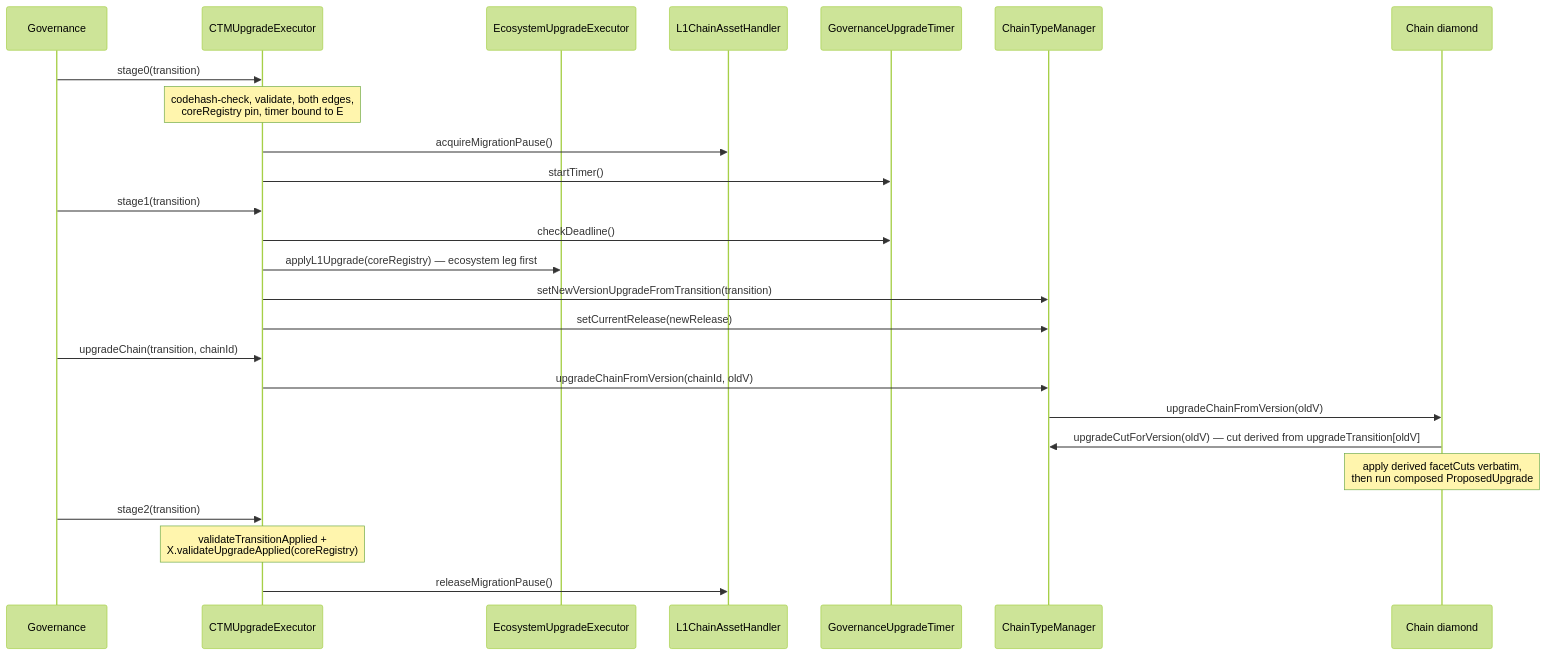
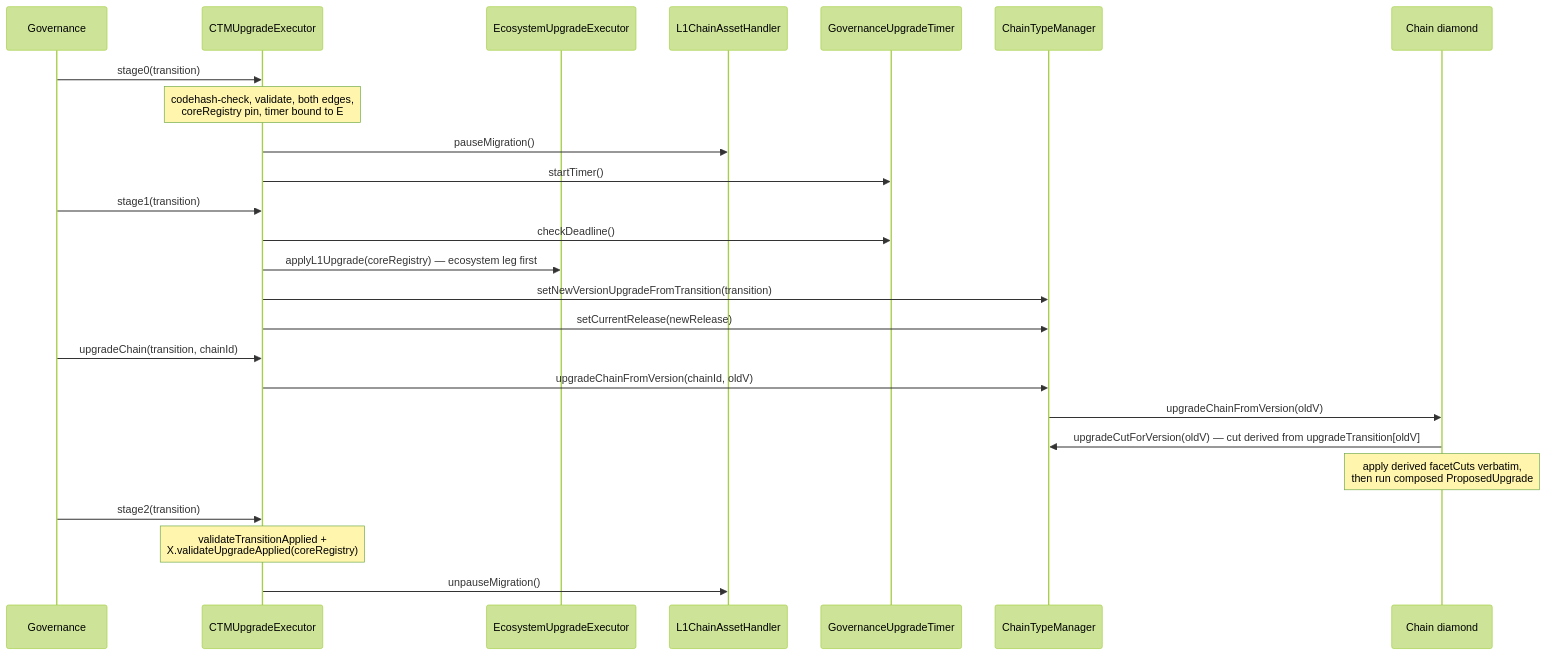
One commit to matter-labs/era-contracts changed the third of 3 diagrams in docs/registry-driven-upgrades.md. Above: the diagram before and after it, drawn with Mermaid (forest theme). The commit also changed 12 other files, not shown here.

````diff
--- a/docs/registry-driven-upgrades.md
+++ b/docs/registry-driven-upgrades.md
@@ -384,28 +384,28 @@
 ```mermaid
 sequenceDiagram
     participant G as Governance
     participant E as CTMUpgradeExecutor
     participant X as EcosystemUpgradeExecutor
     participant H as L1ChainAssetHandler
     participant T as GovernanceUpgradeTimer
     participant C as ChainTypeManager
     participant D as Chain diamond
 
     G->>E: stage0(transition)
     Note over E: codehash-check, validate, both edges,<br/>coreRegistry pin, timer bound to E
-    E->>H: acquireMigrationPause()
+    E->>H: pauseMigration()
     E->>T: startTimer()
     G->>E: stage1(transition)
     E->>T: checkDeadline()
     E->>X: applyL1Upgrade(coreRegistry) — ecosystem leg first
     E->>C: setNewVersionUpgradeFromTransition(transition)
     E->>C: setCurrentRelease(newRelease)
     G->>E: upgradeChain(transition, chainId)
     E->>C: upgradeChainFromVersion(chainId, oldV)
     C->>D: upgradeChainFromVersion(oldV)
     D->>C: upgradeCutForVersion(oldV) — cut derived from upgradeTransition[oldV]
     Note over D: apply derived facetCuts verbatim,<br/>then run composed ProposedUpgrade
     G->>E: stage2(transition)
     Note over E: validateTransitionApplied +<br/>X.validateUpgradeApplied(coreRegistry)
-    E->>H: releaseMigrationPause()
+    E->>H: unpauseMigration()
 ```
````
